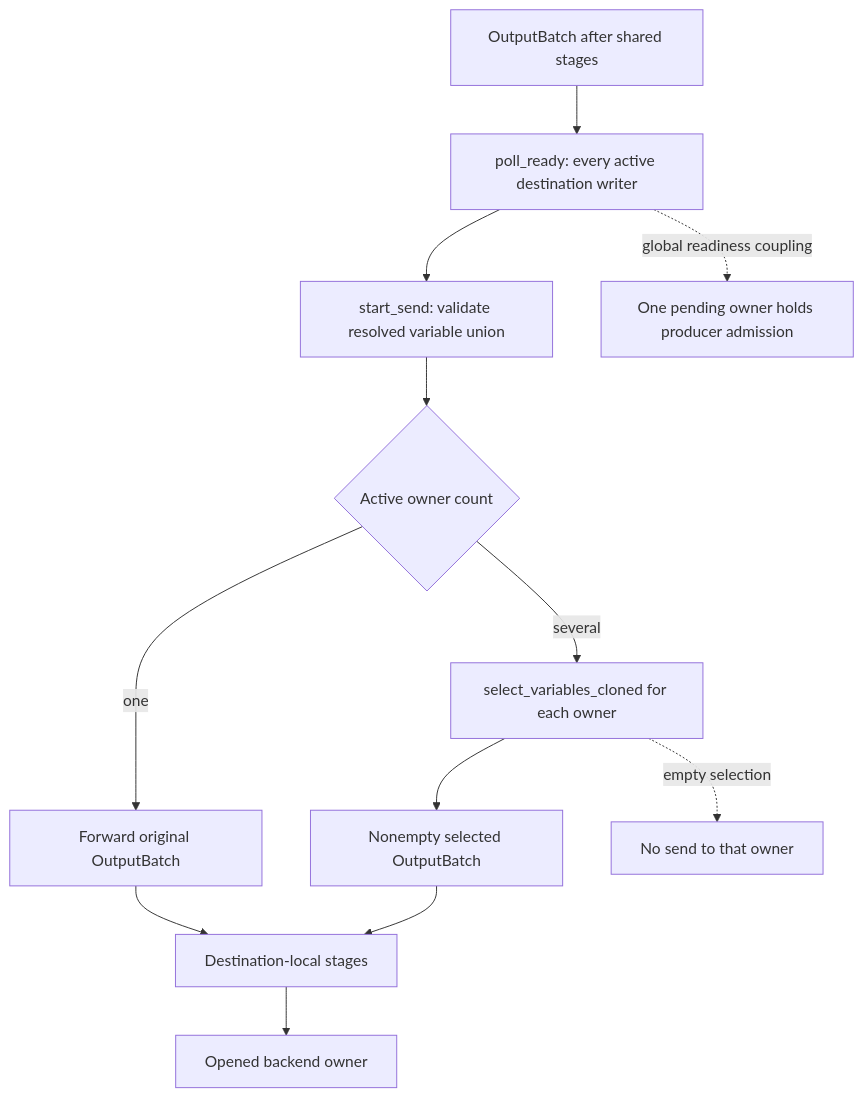
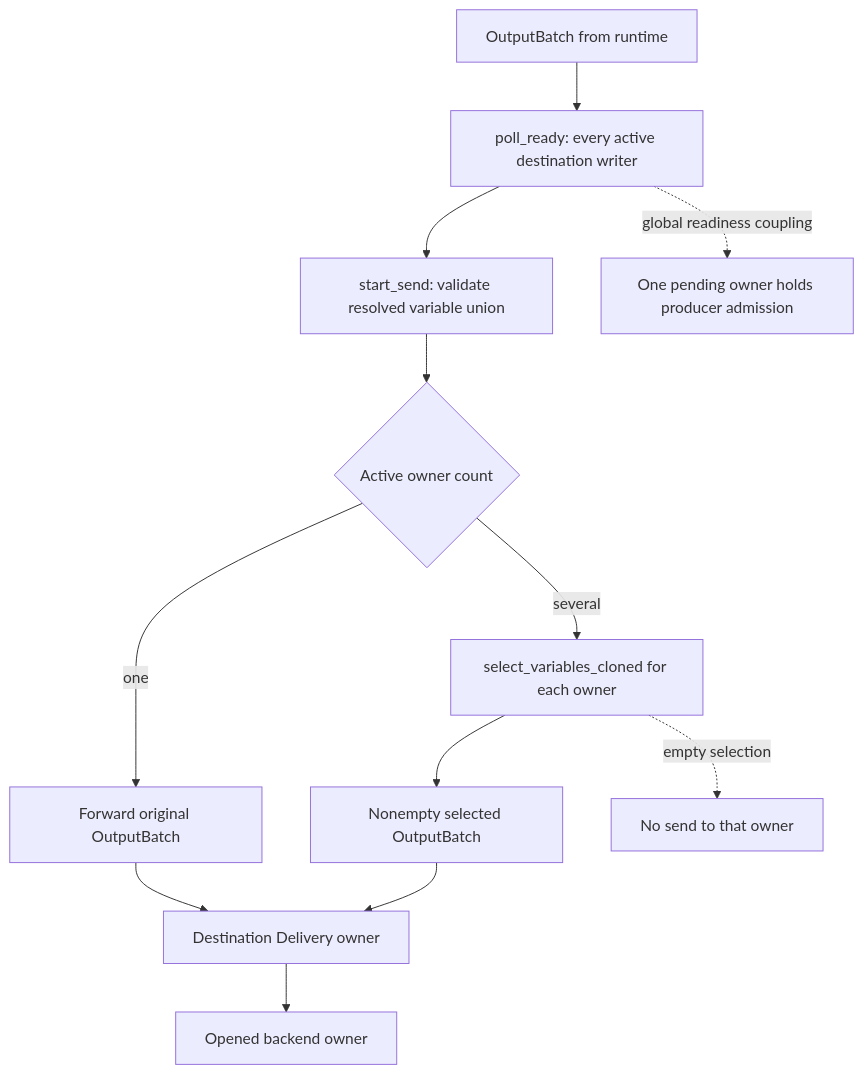
One commit to INTO-CPS-Association/robosapiens-trustworthiness-checker changed the third of 4 diagrams in docs/src/output.md. Above: the diagram before and after it, drawn with Mermaid. The commit also changed other lines of this file and 109 other files, not shown here.

````diff
--- a/docs/src/output.md
+++ b/docs/src/output.md
@@ -133,18 +148,18 @@
 ```mermaid
 flowchart TB
-    accTitle: Router admission and destination-local delivery
-    accDescr: After shared stages, poll_ready waits for every active destination writer. start_send validates that every update belongs to the resolved destination union. A one-owner router forwards the original OutputBatch. A multi-owner router clones each destination's selected variables, skips empty selected batches, then sends through that owner's destination-local stages to its backend. Any pending destination can hold global admission.
+    accTitle: Router admission and per-destination delivery
+    accDescr: The shared router receives an OutputBatch and poll_ready waits for every active destination writer. start_send validates that every update belongs to the resolved destination union. A one-owner path forwards the original OutputBatch. A multi-owner router clones each destination's selected variables, skips empty selected batches, then sends through that owner's Delivery owner to its native backend. Any pending destination can hold global admission.
 
-    batch["OutputBatch after shared stages"] --> ready["poll_ready: every active destination writer"]
+    batch["OutputBatch from runtime"] --> ready["poll_ready: every active destination writer"]
     ready --> validate["start_send: validate resolved variable union"]
     validate --> count{"Active owner count"}
     count -->|"one"| original["Forward original OutputBatch"]
     count -->|"several"| select["select_variables_cloned for each owner"]
     select --> selected["Nonempty selected OutputBatch"]
     select -. "empty selection" .-> skip["No send to that owner"]
-    original --> local["Destination-local stages"]
+    original --> local["Destination Delivery owner"]
     selected --> local
     local --> backend["Opened backend owner"]
     pressure["One pending owner holds producer admission"]
     ready -. "global readiness coupling" .-> pressure
 ```
````
